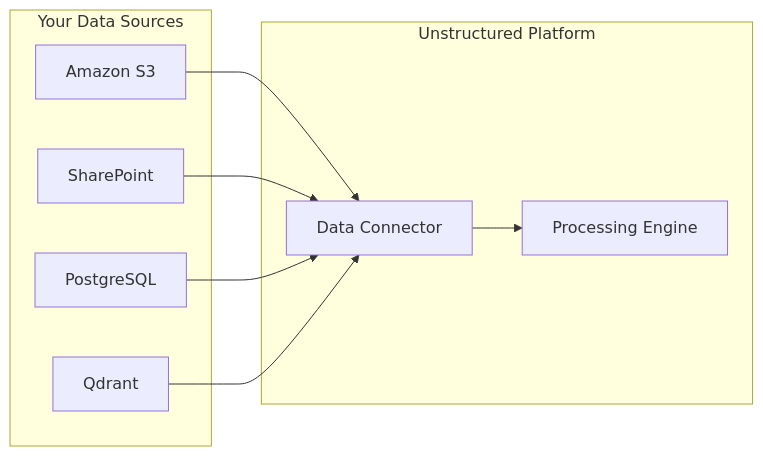
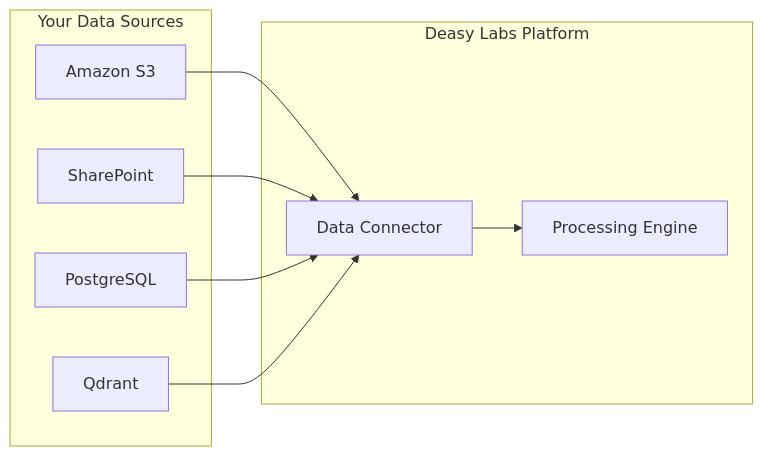
The diagram in concepts/data-connectors.mdx (Deasie-internal/deasy-docs), drawn with Mermaid before and after one commit. The commit also changed other lines of this file and 36 other files, not shown here.

````diff
--- a/concepts/data-connectors.mdx
+++ b/concepts/data-connectors.mdx
@@ -53,20 +57,20 @@
 ```mermaid
 flowchart LR
     subgraph sources [Your Data Sources]
         S3[Amazon S3]
         SP[SharePoint]
         PG[PostgreSQL]
         QD[Qdrant]
     end
     
-    subgraph platform [Unstructured Platform]
+    subgraph platform [Deasy Labs Platform]
         DC[Data Connector]
         PROC[Processing Engine]
     end
     
     S3 --> DC
     SP --> DC
     PG --> DC
     QD --> DC
     DC --> PROC
 ```
````
